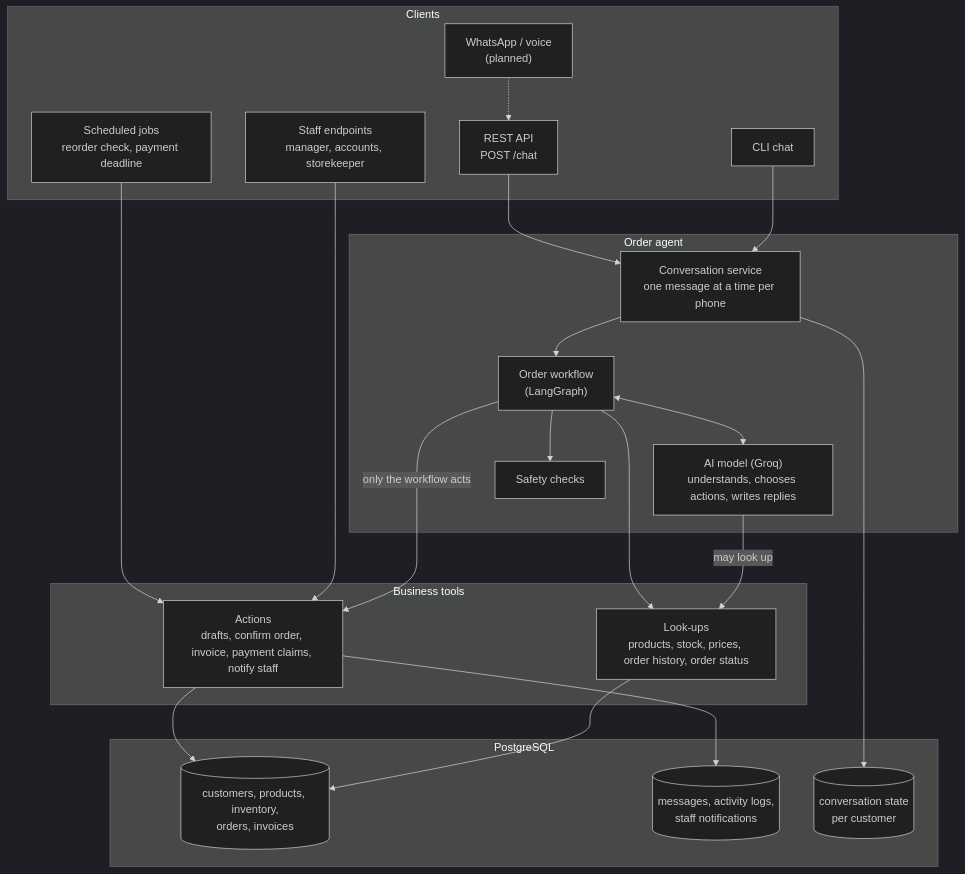
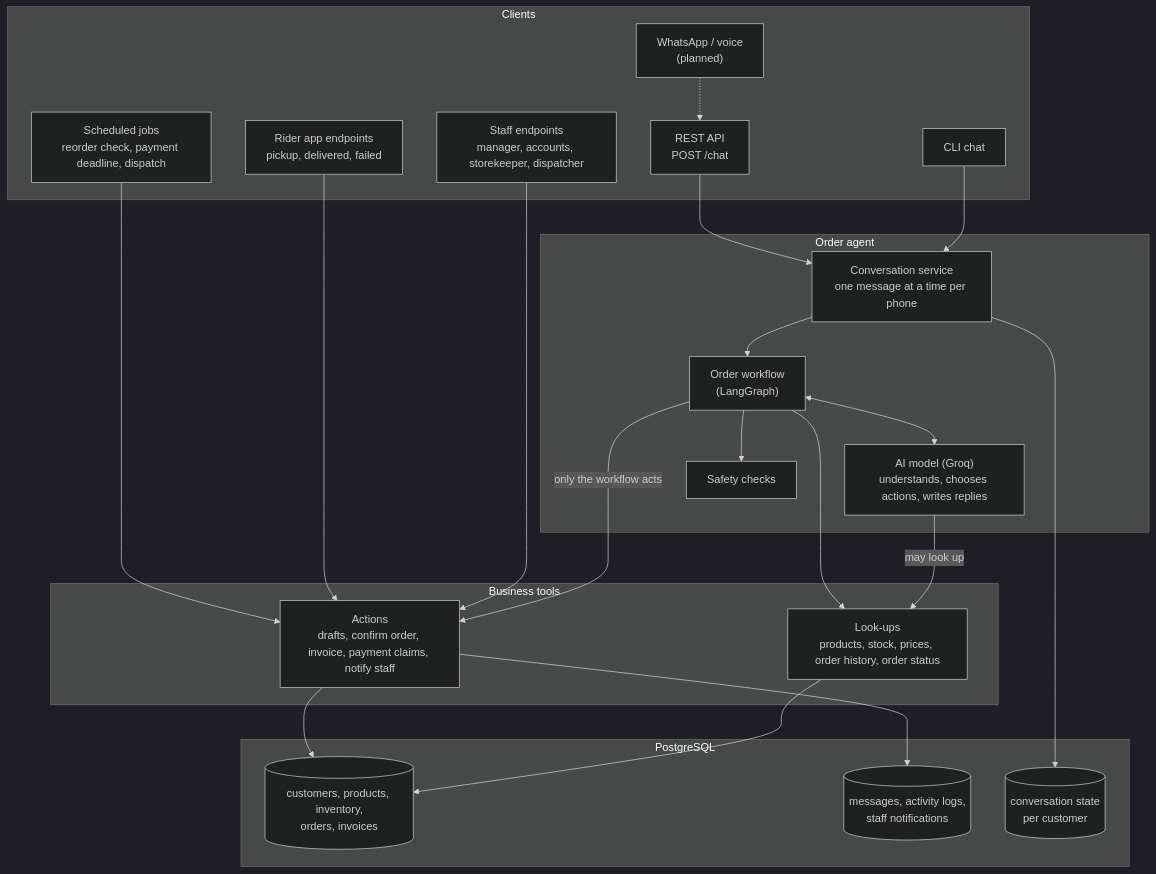
One commit to Nazir-Ahmed72/bizflow-ai changed the first of 13 diagrams in README.md. Above: the diagram before and after it, drawn with Mermaid (dark theme). The commit also changed other lines of this file and 17 other files, not shown here.

Commit message:
Delivery: rider dispatch by area and workload, capacity queue, pickup/delivered/failed with retry and return

````diff
--- a/README.md
+++ b/README.md
@@ -97,44 +107,46 @@
 ```mermaid
 flowchart TB
     subgraph Clients
         CLI["CLI chat"]
         API["REST API<br/>POST /chat"]
-        Staff["Staff endpoints<br/>manager, accounts, storekeeper"]
-        Jobs["Scheduled jobs<br/>reorder check, payment deadline"]
+        Staff["Staff endpoints<br/>manager, accounts, storekeeper, dispatcher"]
+        Riders["Rider app endpoints<br/>pickup, delivered, failed"]
+        Jobs["Scheduled jobs<br/>reorder check, payment deadline, dispatch"]
         Future["WhatsApp / voice<br/>(planned)"]
     end
 
     subgraph Agent["Order agent"]
         Service["Conversation service<br/>one message at a time per phone"]
         Graph["Order workflow<br/>(LangGraph)"]
         LLM["AI model (Groq)<br/>understands, chooses actions, writes replies"]
         Guards["Safety checks"]
     end
 
     subgraph Tools["Business tools"]
         Read["Look-ups<br/>products, stock, prices, order history, order status"]
         Write["Actions<br/>drafts, confirm order, invoice, payment claims, notify staff"]
     end
 
     subgraph DB["PostgreSQL"]
         Business[("customers, products, inventory,<br/>orders, invoices")]
         Audit[("messages, activity logs,<br/>staff notifications")]
         Checkpoints[("conversation state<br/>per customer")]
     end
 
     CLI --> Service
     API --> Service
     Future -.-> API
     Service --> Graph
     Graph <--> LLM
     Graph --> Guards
     LLM -- "may look up" --> Read
     Graph -- "only the workflow acts" --> Write
     Staff --> Write
+    Riders --> Write
     Jobs --> Write
     Graph --> Read
     Read --> Business
     Write --> Business
     Write --> Audit
     Service --> Checkpoints
 ```
````
